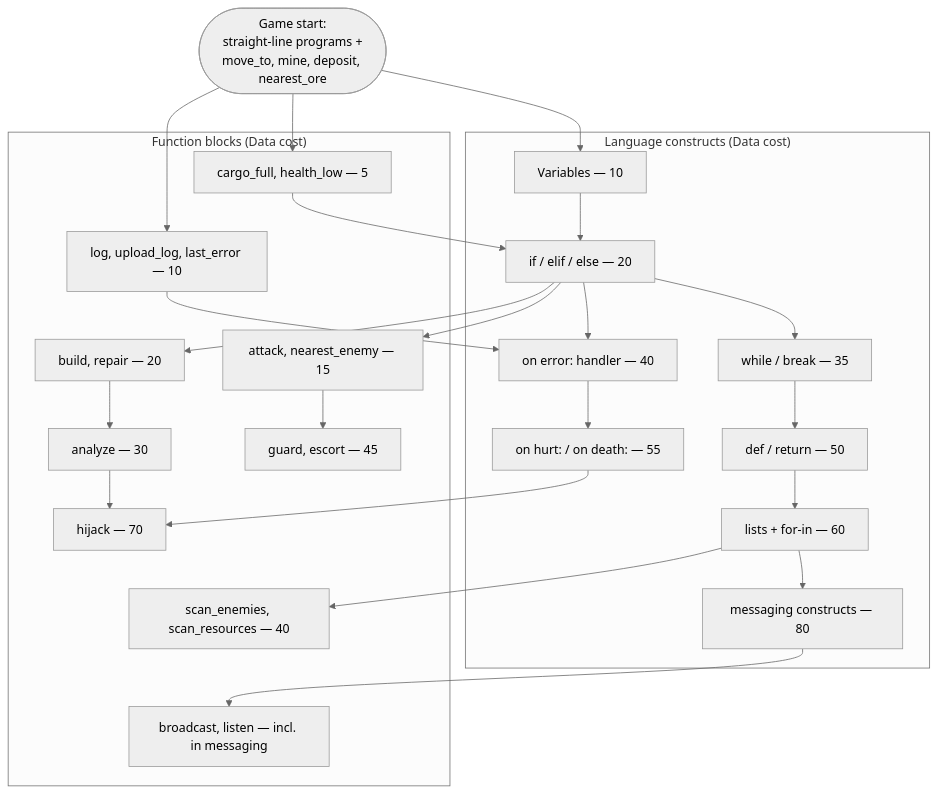
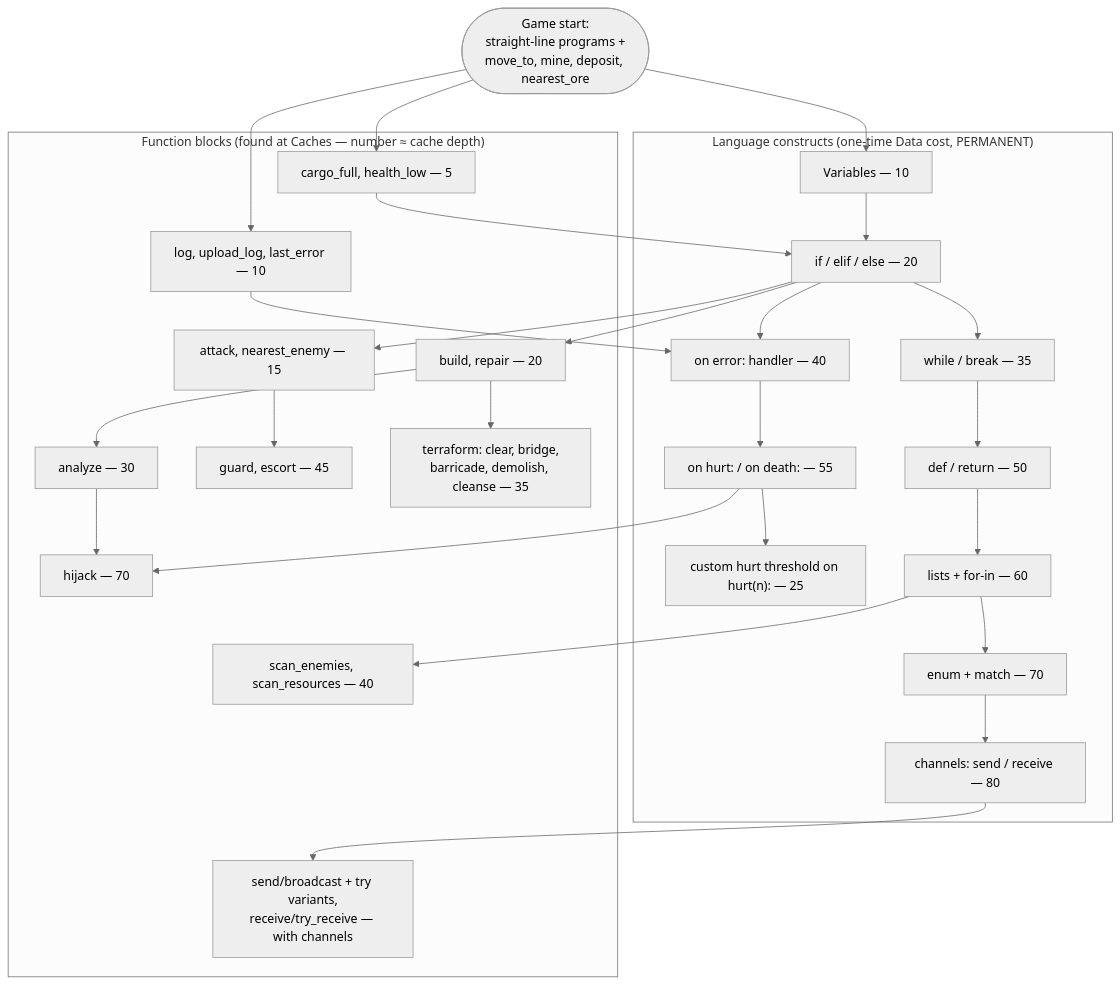
The diagram in docs/06-progression.md (mmmtastymmm/programming-game-planned), drawn with Mermaid (neutral theme) before and after one commit. The commit also changed other lines of this file and 9 other files, not shown here.

````diff
--- a/docs/06-progression.md
+++ b/docs/06-progression.md
@@ -22,48 +30,54 @@
 ```mermaid
 flowchart TD
     START([Game start:<br/>straight-line programs +<br/>move_to, mine, deposit, nearest_ore])
 
-    subgraph Constructs["Language constructs (Data cost)"]
-        VAR[Variables — 10]
-        IF[if / elif / else — 20]
-        WHILE[while / break — 35]
-        SIG1[on error: handler — 40]
-        SIG2[on hurt: / on death: — 55]
-        DEF[def / return — 50]
-        LIST[lists + for-in — 60]
-        MSG_C[messaging constructs — 80]
+    subgraph Constructs["Language constructs (one-time Data cost, PERMANENT)"]
+        VAR["Variables — 10"]
+        IF["if / elif / else — 20"]
+        WHILE["while / break — 35"]
+        SIG1["on error: handler — 40"]
+        SIG2["on hurt: / on death: — 55"]
+        HURT_T["custom hurt threshold on hurt(n): — 25"]
+        DEF["def / return — 50"]
+        LIST["lists + for-in — 60"]
+        ENUM["enum + match — 70"]
+        MSG_C["channels: send / receive — 80"]
     end
 
-    subgraph Functions["Function blocks (Data cost)"]
-        F_SENSE[cargo_full, health_low — 5]
-        F_LOG[log, upload_log, last_error — 10]
-        F_ATK[attack, nearest_enemy — 15]
-        F_BUILD[build, repair — 20]
-        F_SCAN[scan_enemies, scan_resources — 40]
-        F_AN[analyze — 30]
-        F_BC[broadcast, listen — incl. in messaging]
-        F_GUARD[guard, escort — 45]
-        F_HIJACK[hijack — 70]
+    subgraph Functions["Function blocks (found at Caches — number ≈ cache depth)"]
+        F_SENSE["cargo_full, health_low — 5"]
+        F_LOG["log, upload_log, last_error — 10"]
+        F_ATK["attack, nearest_enemy — 15"]
+        F_BUILD["build, repair — 20"]
+        F_SCAN["scan_enemies, scan_resources — 40"]
+        F_AN["analyze — 30"]
+        F_BC["send/broadcast + try variants,<br/>receive/try_receive — with channels"]
+        F_GUARD["guard, escort — 45"]
+        F_HIJACK["hijack — 70"]
+        F_TERRA["terraform: clear, bridge,<br/>barricade, demolish, cleanse — 35"]
     end
 
     START --> VAR
     START --> F_SENSE
     START --> F_LOG
     VAR --> IF
     F_SENSE --> IF
     IF --> WHILE
     IF --> SIG1
     F_LOG --> SIG1
     SIG1 --> SIG2
     IF --> F_ATK
     F_ATK --> F_GUARD
     IF --> F_BUILD
     WHILE --> DEF
+    SIG2 --> HURT_T
     F_BUILD --> F_AN
+    F_BUILD --> F_TERRA
     F_AN --> F_HIJACK
     SIG2 --> F_HIJACK
     DEF --> LIST
     LIST --> F_SCAN
-    LIST --> MSG_C
+    LIST --> ENUM
+    ENUM --> MSG_C
     MSG_C --> F_BC
 ```
````
